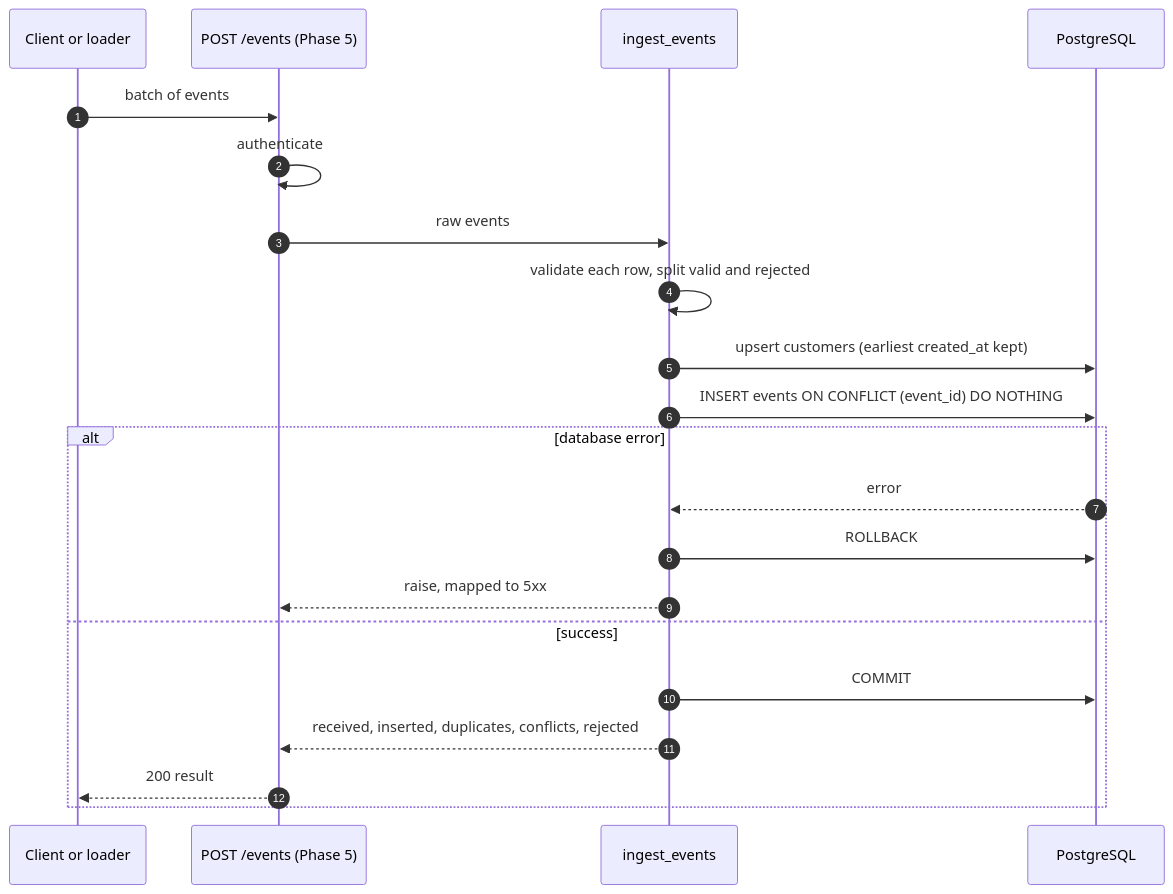
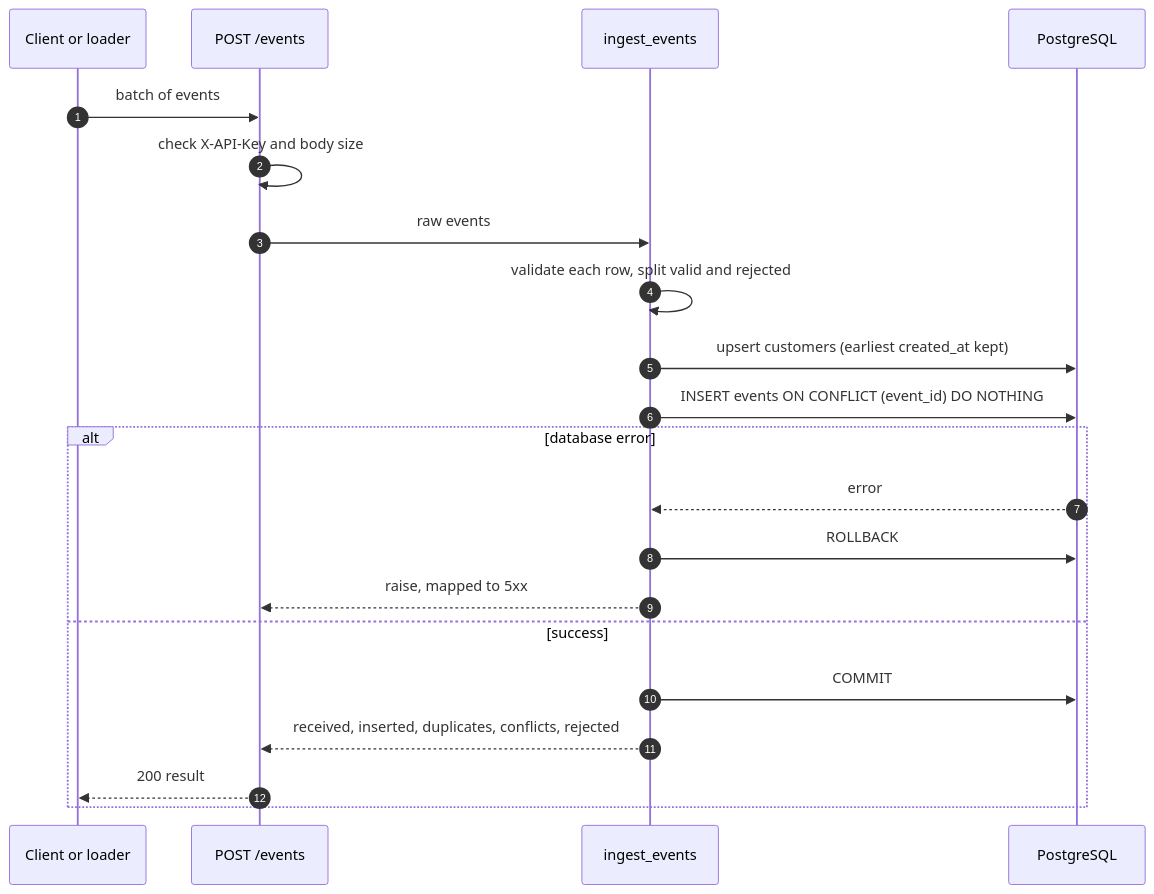
One commit to yashdiwan12/Churnscope changed the third of 5 diagrams in docs/04-request-flows.md. Above: the diagram before and after it, drawn with Mermaid. The commit also changed other lines of this file and 19 other files, not shown here.

````diff
--- a/docs/04-request-flows.md
+++ b/docs/04-request-flows.md
@@ -56,23 +59,23 @@
 ```mermaid
 sequenceDiagram
     autonumber
     participant C as Client or loader
-    participant R as POST /events (Phase 5)
+    participant R as POST /events
     participant SV as ingest_events
     participant DB as PostgreSQL
     C->>R: batch of events
-    R->>R: authenticate
+    R->>R: check X-API-Key and body size
     R->>SV: raw events
     SV->>SV: validate each row, split valid and rejected
     SV->>DB: upsert customers (earliest created_at kept)
     SV->>DB: INSERT events ON CONFLICT (event_id) DO NOTHING
     alt database error
         DB-->>SV: error
         SV->>DB: ROLLBACK
         SV-->>R: raise, mapped to 5xx
     else success
         SV->>DB: COMMIT
         SV-->>R: received, inserted, duplicates, conflicts, rejected
         R-->>C: 200 result
     end
 ```
````
